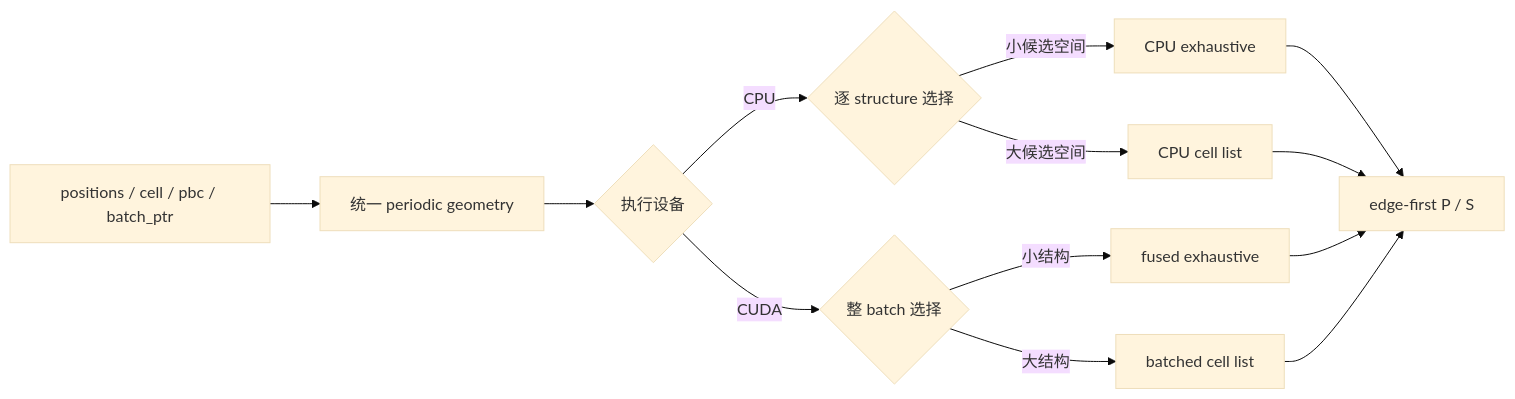
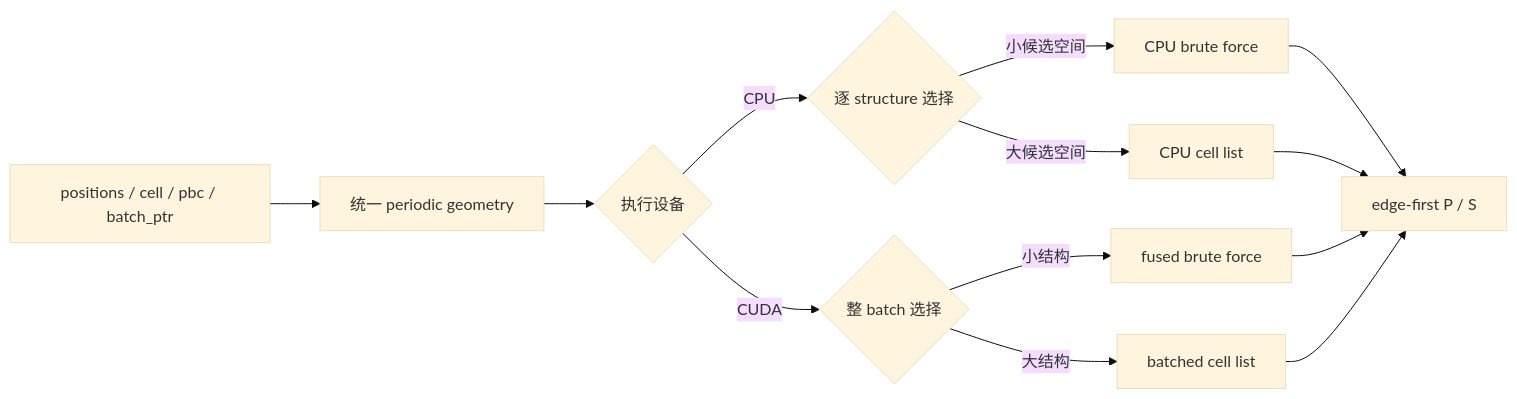
The diagram in docs/algorithm-overview.md (songfeitong/tonari), drawn with Mermaid (base theme) before and after one commit. The commit also changed other lines of this file and 24 other files, not shown here.

````diff
--- a/docs/algorithm-overview.md
+++ b/docs/algorithm-overview.md
@@ -23,15 +23,15 @@
 ```mermaid
 flowchart LR
     A["positions / cell / pbc / batch_ptr"] --> B["统一 periodic geometry"]
     B --> C{"执行设备"}
     C -- "CPU" --> D{"逐 structure 选择"}
-    D -- "小候选空间" --> E["CPU exhaustive"]
+    D -- "小候选空间" --> E["CPU brute force"]
     D -- "大候选空间" --> F["CPU cell list"]
     C -- "CUDA" --> G{"整 batch 选择"}
-    G -- "小结构" --> H["fused exhaustive"]
+    G -- "小结构" --> H["fused brute force"]
     G -- "大结构" --> I["batched cell list"]
     E --> J["edge-first P / S"]
     F --> J
     H --> J
     I --> J
 ```
````
